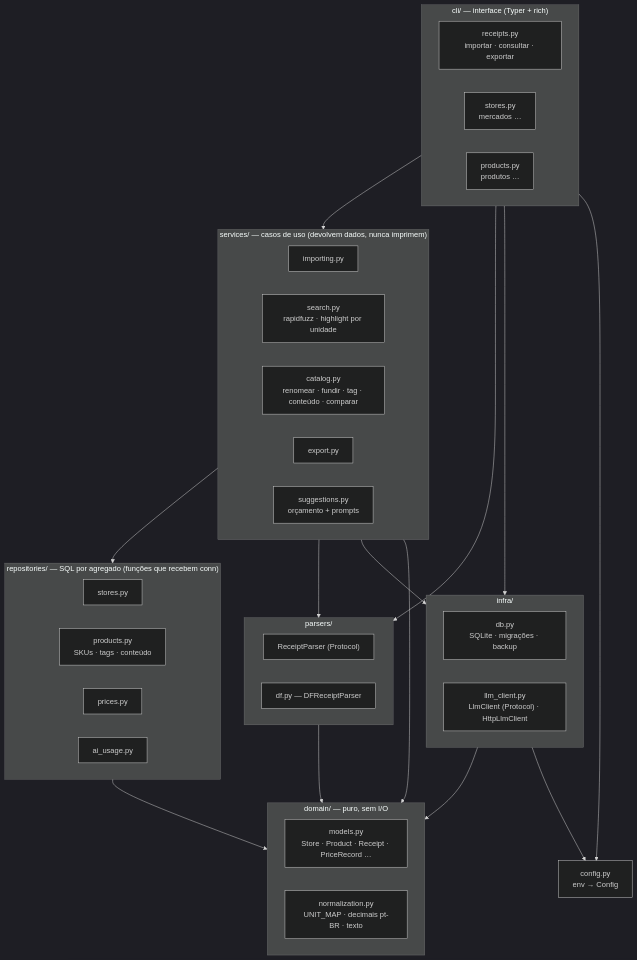
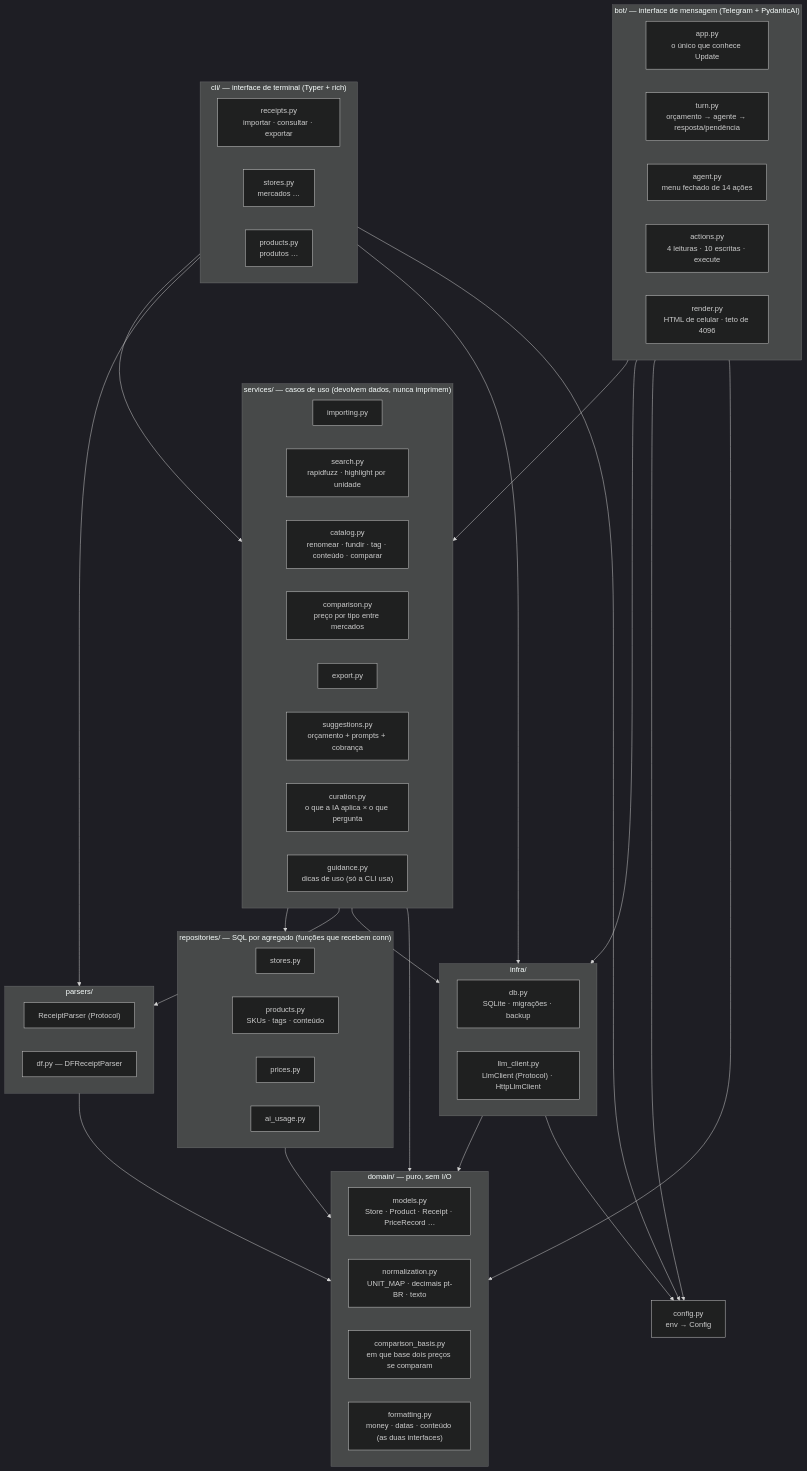
Before and after one commit to durvalcarvalho/julius: the second of 3 diagrams in README.md, drawn with Mermaid (dark theme). The commit also changed other lines of this file and 2 other files, not shown here.

````diff
--- a/README.md
+++ b/README.md
@@ -338,56 +338,74 @@
 ```mermaid
 flowchart TB
-    subgraph cli["cli/ — interface (Typer + rich)"]
+    subgraph cli["cli/ — interface de terminal (Typer + rich)"]
         direction LR
         c_receipts["receipts.py<br/>importar · consultar · exportar"]
         c_stores["stores.py<br/>mercados …"]
         c_products["products.py<br/>produtos …"]
+    end
+
+    subgraph bot["bot/ — interface de mensagem (Telegram + PydanticAI)"]
+        direction LR
+        b_app["app.py<br/>o único que conhece Update"]
+        b_turn["turn.py<br/>orçamento → agente → resposta/pendência"]
+        b_agent["agent.py<br/>menu fechado de 14 ações"]
+        b_actions["actions.py<br/>4 leituras · 10 escritas · execute"]
+        b_render["render.py<br/>HTML de celular · teto de 4096"]
     end
 
     subgraph services["services/ — casos de uso (devolvem dados, nunca imprimem)"]
         direction LR
         s_importing["importing.py"]
         s_search["search.py<br/>rapidfuzz · highlight por unidade"]
         s_catalog["catalog.py<br/>renomear · fundir · tag · conteúdo · comparar"]
+        s_comparison["comparison.py<br/>preço por tipo entre mercados"]
         s_export["export.py"]
-        s_suggestions["suggestions.py<br/>orçamento + prompts"]
+        s_suggestions["suggestions.py<br/>orçamento + prompts + cobrança"]
+        s_curation["curation.py<br/>o que a IA aplica × o que pergunta"]
+        s_guidance["guidance.py<br/>dicas de uso (só a CLI usa)"]
     end
 
     subgraph repositories["repositories/ — SQL por agregado (funções que recebem conn)"]
         direction LR
         r_stores["stores.py"]
         r_products["products.py<br/>SKUs · tags · conteúdo"]
         r_prices["prices.py"]
         r_ai["ai_usage.py"]
     end
 
     subgraph parsers["parsers/"]
         p_proto["ReceiptParser (Protocol)"]
         p_df["df.py — DFReceiptParser"]
     end
 
     subgraph infra["infra/"]
         i_db["db.py<br/>SQLite · migrações · backup"]
         i_llm["llm_client.py<br/>LlmClient (Protocol) · HttpLlmClient"]
     end
 
     subgraph domain["domain/ — puro, sem I/O"]
         d_models["models.py<br/>Store · Product · Receipt · PriceRecord …"]
         d_norm["normalization.py<br/>UNIT_MAP · decimais pt-BR · texto"]
+        d_basis["comparison_basis.py<br/>em que base dois preços se comparam"]
+        d_fmt["formatting.py<br/>money · datas · conteúdo (as duas interfaces)"]
     end
 
     config["config.py<br/>env → Config"]
 
     cli --> services
     cli --> parsers
     cli --> infra
     cli --> config
+    bot --> services
+    bot --> infra
+    bot --> config
+    bot --> domain
     services --> repositories
     services --> parsers
     services --> infra
     services --> domain
     repositories --> domain
     parsers --> domain
     infra --> domain
     infra --> config
 ```
````
